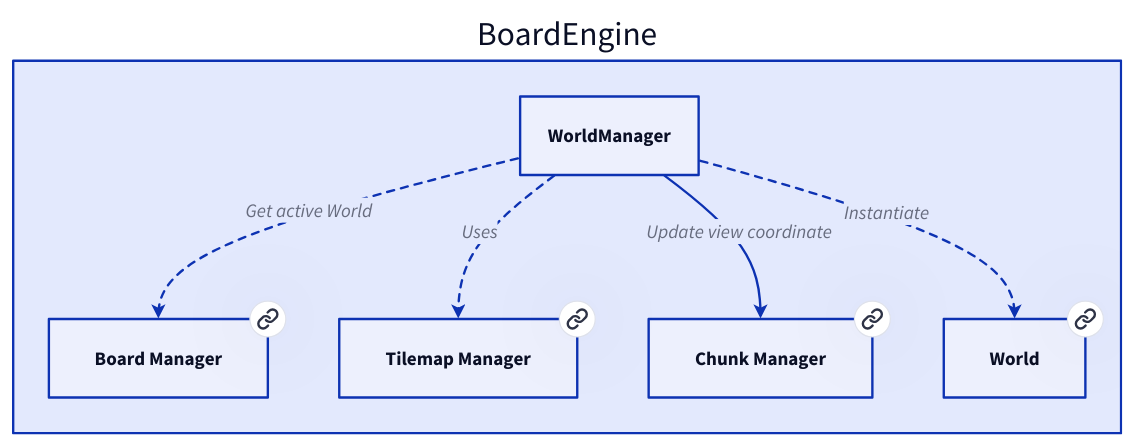
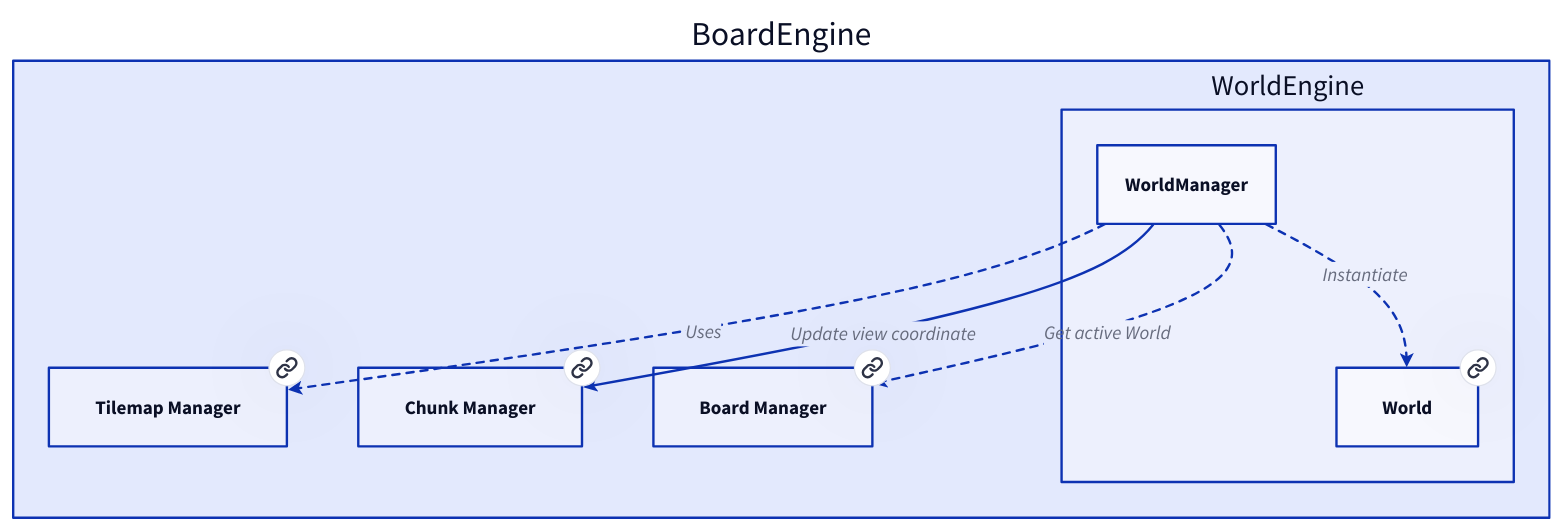
The diagram in doc/graphs/d2/WorldManager.d2 (Portevent/Brume-Documentation), drawn with D2 before and after one commit. The commit also changed 92 other files, not shown here.

```diff
--- a/doc/graphs/d2/WorldManager.d2
+++ b/doc/graphs/d2/WorldManager.d2
@@ -1,33 +1,35 @@
 # Nodes :
 BoardEngine: {
-    BoardManager: Board Manager {
-       link: BoardManager
-    }
     TilemapManager: Tilemap Manager {
        link: TilemapManager
     }
     ChunkManager: Chunk Manager {
        link: ChunkManager
     }
-    World: World {
-       link: World
+    BoardManager: Board Manager {
+       link: BoardManager
+    }
+    WorldEngine: {
+        World: World {
+           link: World
+        }
     }
 }
 
 # Links :
-BoardEngine.WorldManager -> BoardEngine.BoardManager: Get active World {style.stroke-dash: 3
+BoardEngine.WorldEngine.WorldManager -> BoardEngine.BoardManager: Get active World {style.stroke-dash: 3
 source-arrowhead: {}
 target-arrowhead: {shape: arrow}
 }
-BoardEngine.WorldManager -> BoardEngine.ChunkManager: Update view coordinate {
+BoardEngine.WorldEngine.WorldManager -> BoardEngine.ChunkManager: Update view coordinate {
 source-arrowhead: {}
 target-arrowhead: {shape: arrow}
 }
-BoardEngine.WorldManager -> BoardEngine.World: Instantiate {style.stroke-dash: 3
+BoardEngine.WorldEngine.WorldManager -> BoardEngine.WorldEngine.World: Instantiate {style.stroke-dash: 3
 source-arrowhead: {}
 target-arrowhead: {shape: arrow}
 }
-BoardEngine.WorldManager -> BoardEngine.TilemapManager: Uses {style.stroke-dash: 3
+BoardEngine.WorldEngine.WorldManager -> BoardEngine.TilemapManager: Uses {style.stroke-dash: 3
 source-arrowhead: {}
 target-arrowhead: {shape: arrow}
 }
```
